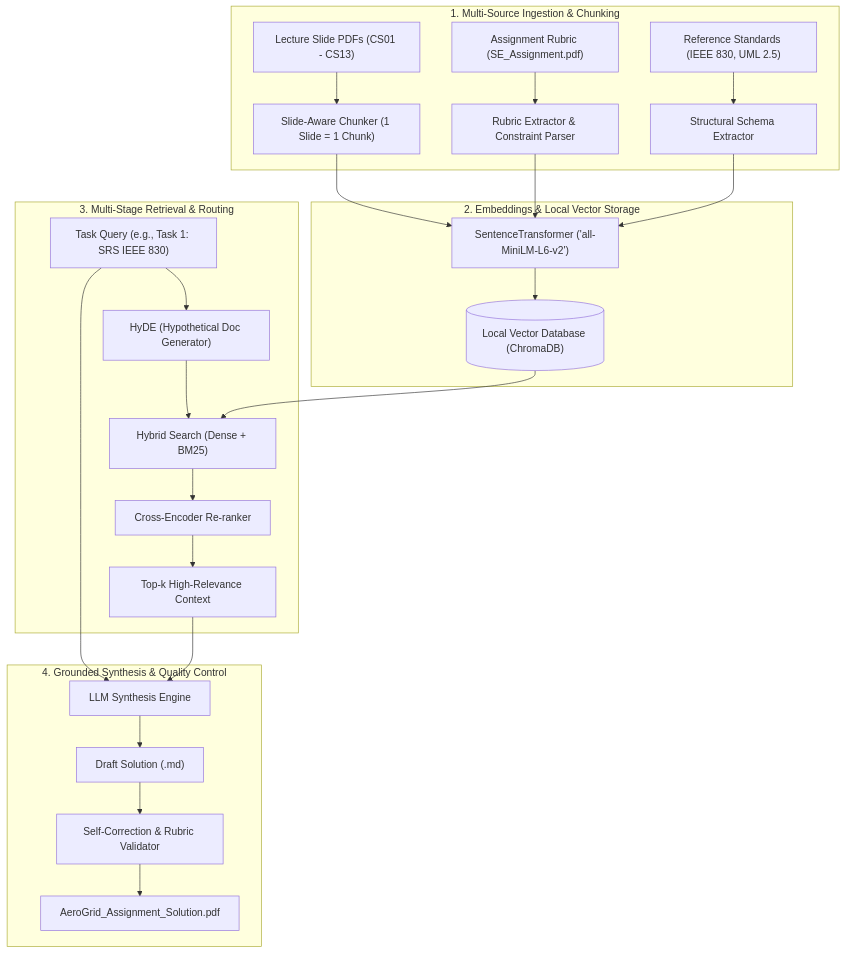
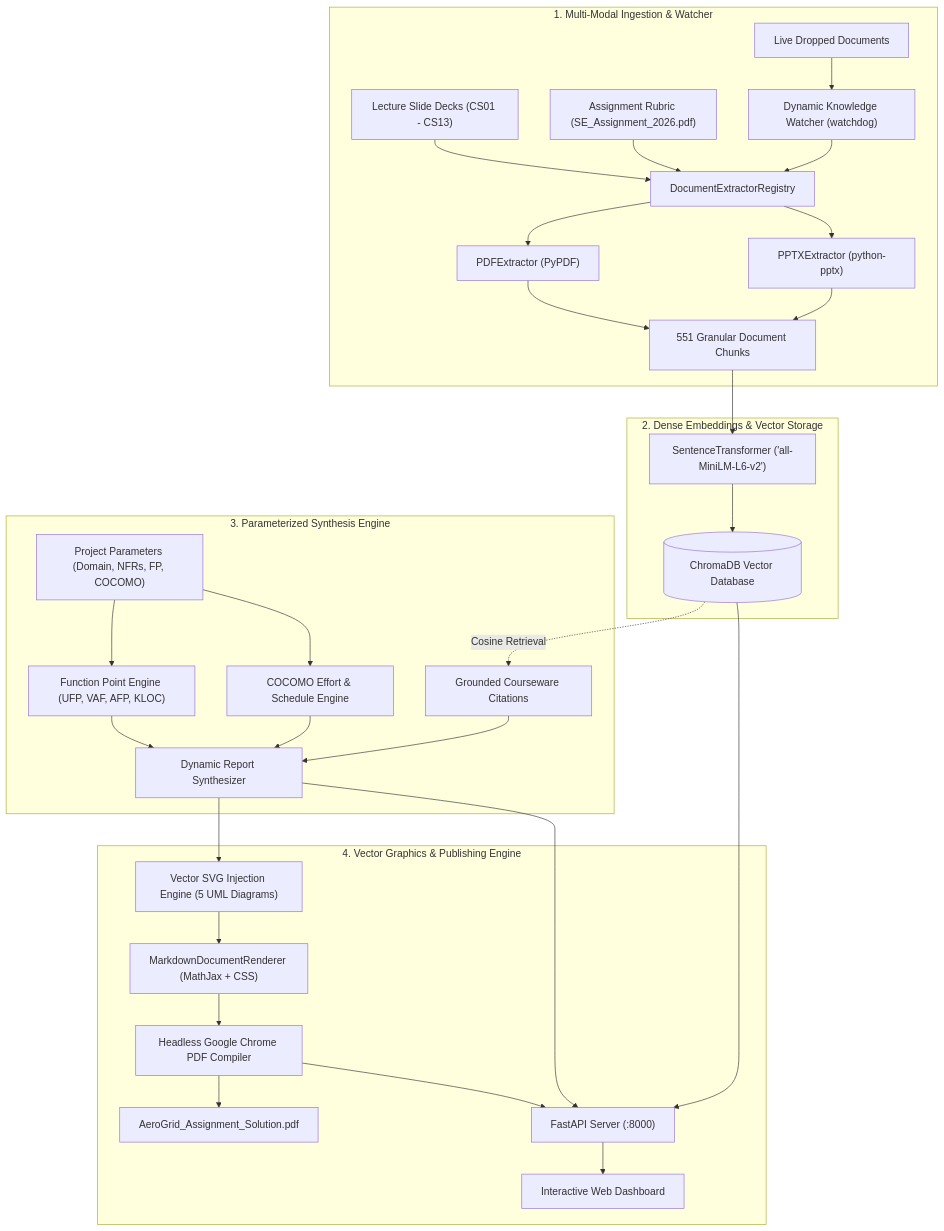
The diagram in docs/RAG_ARCHITECTURE.md (Arabindaksha-Mishra/academic-rag-synthesis-engine), drawn with Mermaid before and after one commit. The commit also changed other lines of this file and 10 other files, not shown here.

Commit message:
docs: rewrite README, RAG architecture, and mentor guide with dynamic engine specs

````diff
--- a/docs/RAG_ARCHITECTURE.md
+++ b/docs/RAG_ARCHITECTURE.md
@@ -16,28 +17,34 @@
 ```mermaid
 flowchart TD
-    subgraph Ingestion ["1. Multi-Source Ingestion & Chunking"]
-        A1["Lecture Slide PDFs (CS01 - CS13)"] --> C1["Slide-Aware Chunker (1 Slide = 1 Chunk)"]
-        A2["Assignment Rubric (SE_Assignment.pdf)"] --> C2["Rubric Extractor & Constraint Parser"]
-        A3["Reference Standards (IEEE 830, UML 2.5)"] --> C3["Structural Schema Extractor"]
+    subgraph Ingestion ["1. Multi-Modal Ingestion & Watcher"]
+        A1["Lecture Slide Decks (CS01 - CS13)"] --> C1["DocumentExtractorRegistry"]
+        A2["Assignment Rubric (SE_Assignment_2026.pdf)"] --> C1
+        A3["Live Dropped Documents"] --> W["Dynamic Knowledge Watcher (watchdog)"]
+        W --> C1
+        C1 --> P1["PDFExtractor (PyPDF)"]
+        C1 --> P2["PPTXExtractor (python-pptx)"]
+        P1 & P2 --> Chunks["551 Granular Document Chunks"]
     end
 
-    subgraph Indexing ["2. Embeddings & Local Vector Storage"]
-        C1 & C2 & C3 --> E["SentenceTransformer ('all-MiniLM-L6-v2')"]
-        E --> VDB[("Local Vector Database (ChromaDB)")]
+    subgraph Indexing ["2. Dense Embeddings & Vector Storage"]
+        Chunks --> E["SentenceTransformer ('all-MiniLM-L6-v2')"]
+        E --> VDB[("ChromaDB Vector Database")]
     end
 
-    subgraph Retrieval ["3. Multi-Stage Retrieval & Routing"]
-        Q["Task Query (e.g., Task 1: SRS IEEE 830)"] --> HYDE["HyDE (Hypothetical Doc Generator)"]
-        HYDE --> HS["Hybrid Search (Dense + BM25)"]
-        VDB --> HS
-        HS --> RR["Cross-Encoder Re-ranker"]
-        RR --> CTX["Top-k High-Relevance Context"]
+    subgraph DynamicSynthesis ["3. Parameterized Synthesis Engine"]
+        Params["Project Parameters (Domain, NFRs, FP, COCOMO)"] --> FPA["Function Point Engine (UFP, VAF, AFP, KLOC)"]
+        Params --> COCOMO["COCOMO Effort & Schedule Engine"]
+        VDB -. Cosine Retrieval .-> Context["Grounded Courseware Citations"]
+        FPA & COCOMO & Context --> MarkdownSynth["Dynamic Report Synthesizer"]
     end
 
-    subgraph Generation ["4. Grounded Synthesis & Quality Control"]
-        CTX & Q --> LLM["LLM Synthesis Engine"]
-        LLM --> Draft["Draft Solution (.md)"]
-        Draft --> Critic["Self-Correction & Rubric Validator"]
-        Critic --> FinalDoc["AeroGrid_Assignment_Solution.pdf"]
+    subgraph Publishing ["4. Vector Graphics & Publishing Engine"]
+        MarkdownSynth --> SVG["Vector SVG Injection Engine (5 UML Diagrams)"]
+        SVG --> Render["MarkdownDocumentRenderer (MathJax + CSS)"]
+        Render --> Chrome["Headless Google Chrome PDF Compiler"]
+        Chrome --> PDFOut["AeroGrid_Assignment_Solution.pdf"]
+        
+        API["FastAPI Server (:8000)"] --> UI["Interactive Web Dashboard"]
+        VDB & MarkdownSynth & Chrome --> API
     end
 ```
````
